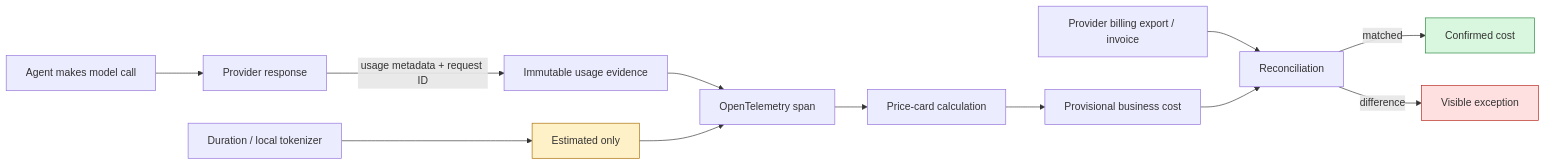
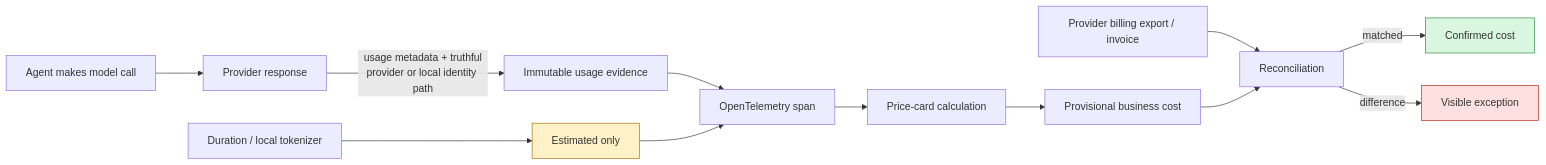
One commit to Daisuke134/anicca changed the fifth of 9 diagrams in docs/superpowers/specs/2026-08-06-life-manager-cfo-design.md. Above: the diagram before and after it, drawn with Mermaid. The commit also changed other lines of this file and 2 other files, not shown here.

Commit message:
docs(cfo): specify Gemini Live usage contract

````diff
--- a/docs/superpowers/specs/2026-08-06-life-manager-cfo-design.md
+++ b/docs/superpowers/specs/2026-08-06-life-manager-cfo-design.md
@@ -337,20 +338,20 @@
 ```mermaid
 flowchart LR
     CALL[Agent makes model call] --> RESP[Provider response]
-    RESP -->|usage metadata + request ID| RAW[Immutable usage evidence]
+    RESP -->|usage metadata + truthful<br/>provider or local identity path| RAW[Immutable usage evidence]
     RAW --> OTEL[OpenTelemetry span]
     OTEL --> COST[Price-card calculation]
     COST --> PROV[Provisional business cost]
 
     BILL[Provider billing export / invoice] --> REC[Reconciliation]
     PROV --> REC
     REC -->|matched| CONF[Confirmed cost]
     REC -->|difference| EX[Visible exception]
 
     DUR[Duration / local tokenizer] --> EST[Estimated only]
     EST --> OTEL
 
     style CONF fill:#d9f7df,stroke:#25863a
     style EST fill:#fff1c7,stroke:#a66b00
     style EX fill:#ffe0e0,stroke:#b42318
 ```
````
